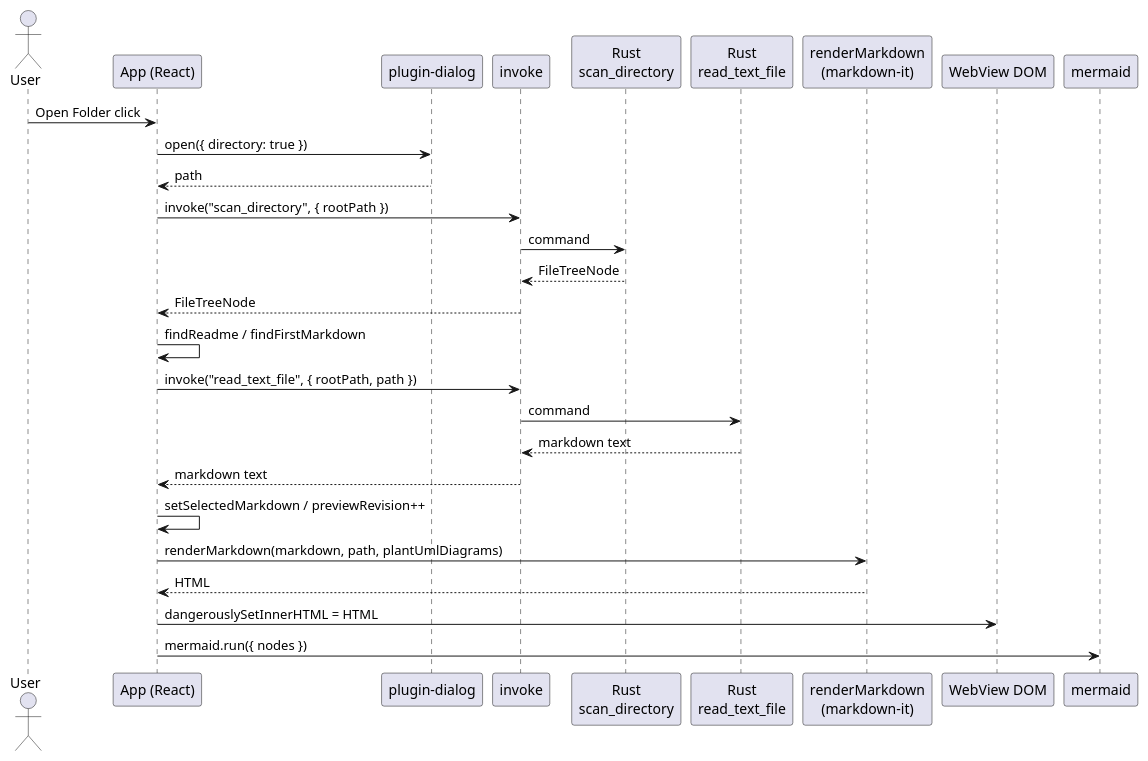
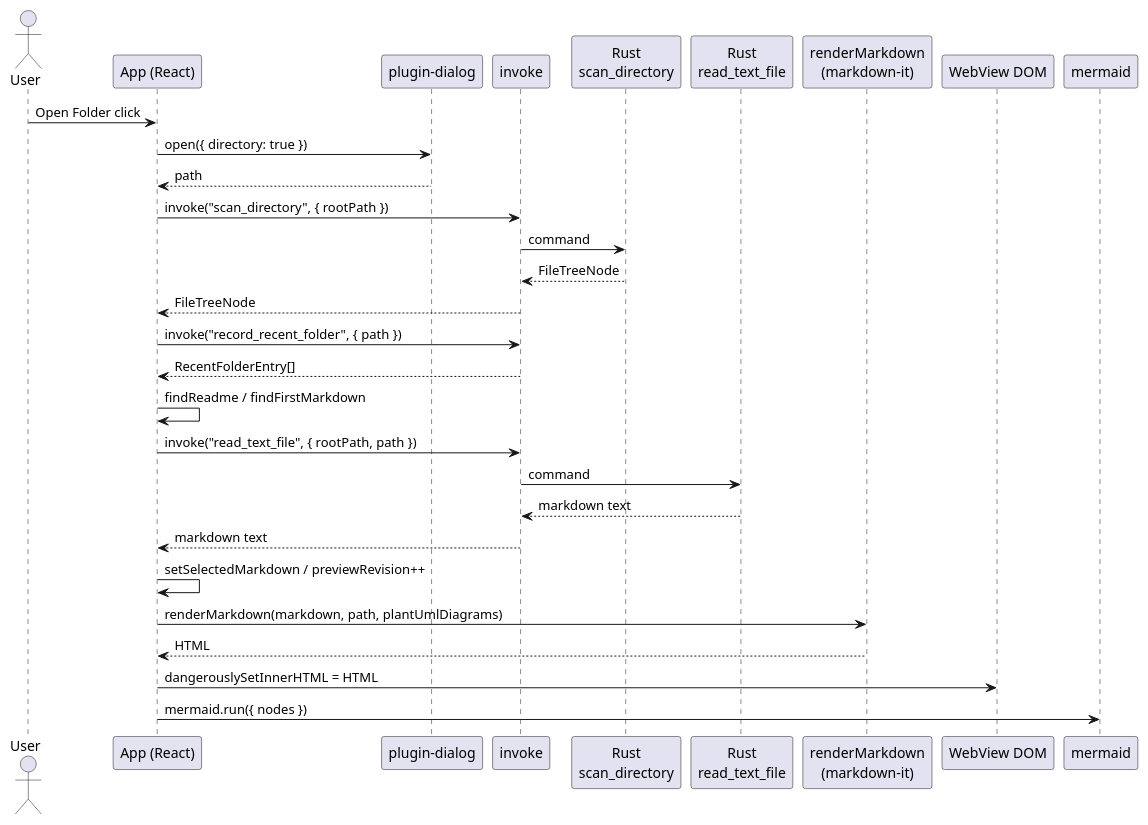
Before and after one commit to an-embedded-engineer/MarkdownViewer: the second of 5 diagrams in docs/components/tauri_viewer/detail_design.md, drawn with PlantUML. The commit also changed other lines of this file and 8 other files, not shown here.

````diff
--- a/docs/components/tauri_viewer/detail_design.md
+++ b/docs/components/tauri_viewer/detail_design.md
@@ -119,32 +138,34 @@
 ```plantuml
 @startuml
 skinparam shadowing false
 actor User
 participant "App (React)" as App
 participant "plugin-dialog" as Dlg
 participant "invoke" as Inv
 participant "Rust\nscan_directory" as Scan
 participant "Rust\nread_text_file" as Read
 participant "renderMarkdown\n(markdown-it)" as MD
 participant "WebView DOM" as DOM
 participant "mermaid" as Mer
 
 User -> App : Open Folder click
 App -> Dlg : open({ directory: true })
 Dlg --> App : path
 App -> Inv : invoke("scan_directory", { rootPath })
 Inv -> Scan : command
 Scan --> Inv : FileTreeNode
 Inv --> App : FileTreeNode
+App -> Inv : invoke("record_recent_folder", { path })
+Inv --> App : RecentFolderEntry[]
 App -> App : findReadme / findFirstMarkdown
 App -> Inv : invoke("read_text_file", { rootPath, path })
 Inv -> Read : command
 Read --> Inv : markdown text
 Inv --> App : markdown text
 App -> App : setSelectedMarkdown / previewRevision++
 App -> MD : renderMarkdown(markdown, path, plantUmlDiagrams)
 MD --> App : HTML
 App -> DOM : dangerouslySetInnerHTML = HTML
 App -> Mer : mermaid.run({ nodes })
 @enduml
 ```
````
